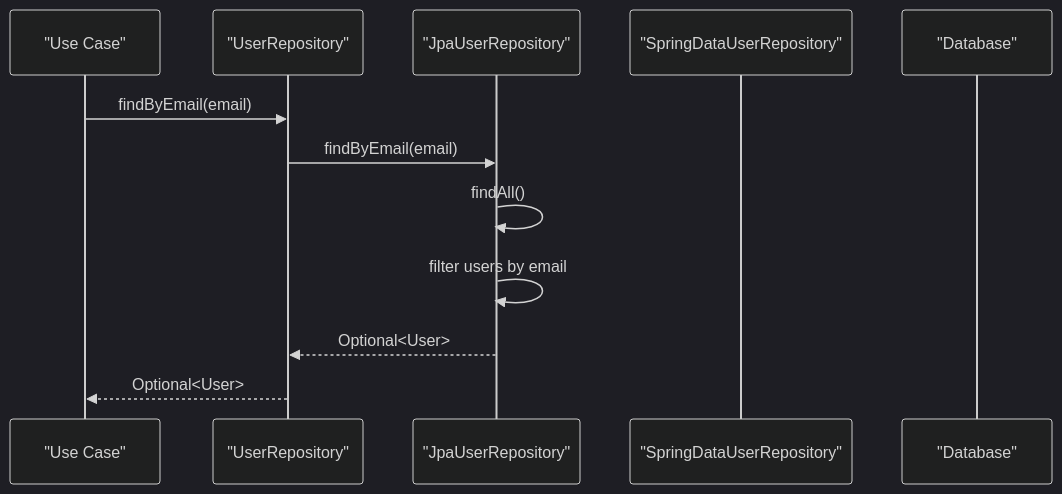
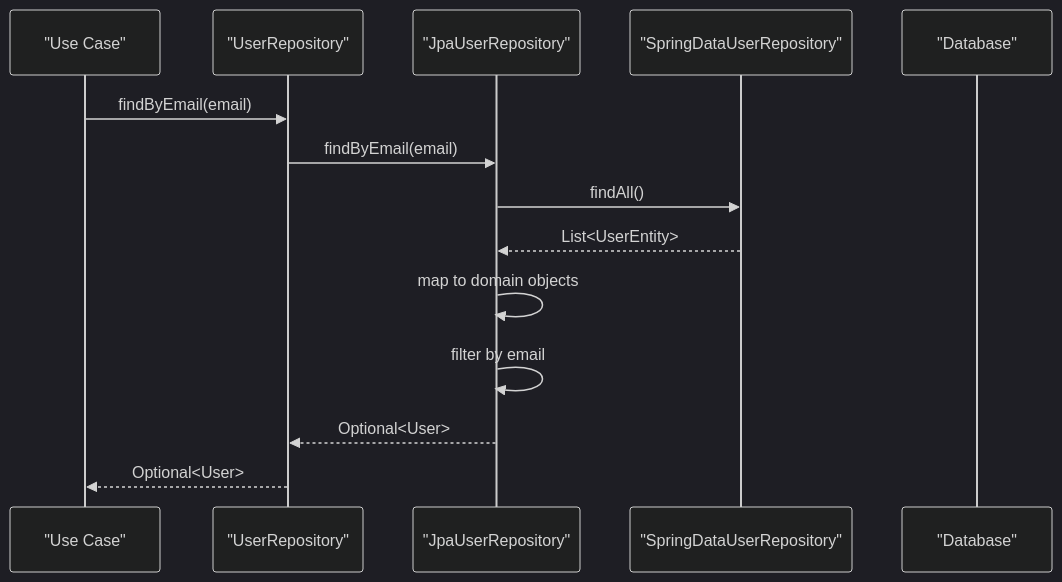
Before and after one commit to italoag/wallet: the sixth of 9 diagrams in .qoder/repowiki/en/content/Persistence Layer/Persistence Layer.md, drawn with Mermaid (dark theme). The commit also changed other lines of this file and 10 other files, not shown here.

````diff
--- a/.qoder/repowiki/en/content/Persistence Layer/Persistence Layer.md
+++ b/.qoder/repowiki/en/content/Persistence Layer/Persistence Layer.md
@@ -349,14 +356,16 @@
 ```mermaid
 sequenceDiagram
 participant UseCase as "Use Case"
 participant DomainRepo as "UserRepository"
 participant JpaRepo as "JpaUserRepository"
 participant SpringData as "SpringDataUserRepository"
 participant DB as "Database"
 UseCase->>DomainRepo : findByEmail(email)
 DomainRepo->>JpaRepo : findByEmail(email)
-JpaRepo->>JpaRepo : findAll()
-JpaRepo->>JpaRepo : filter users by email
+JpaRepo->>SpringData : findAll()
+SpringData-->>JpaRepo : List<UserEntity>
+JpaRepo->>JpaRepo : map to domain objects
+JpaRepo->>JpaRepo : filter by email
 JpaRepo-->>DomainRepo : Optional<User>
 DomainRepo-->>UseCase : Optional<User>
 ```
````
